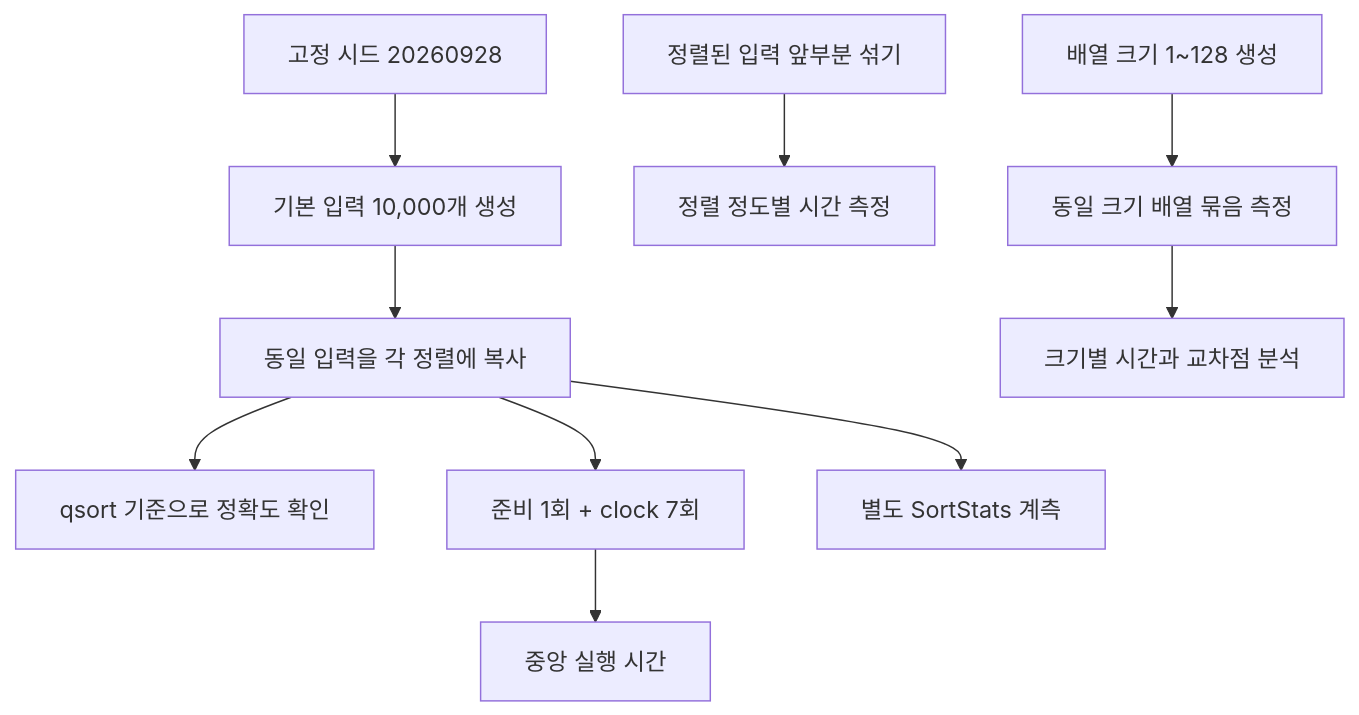
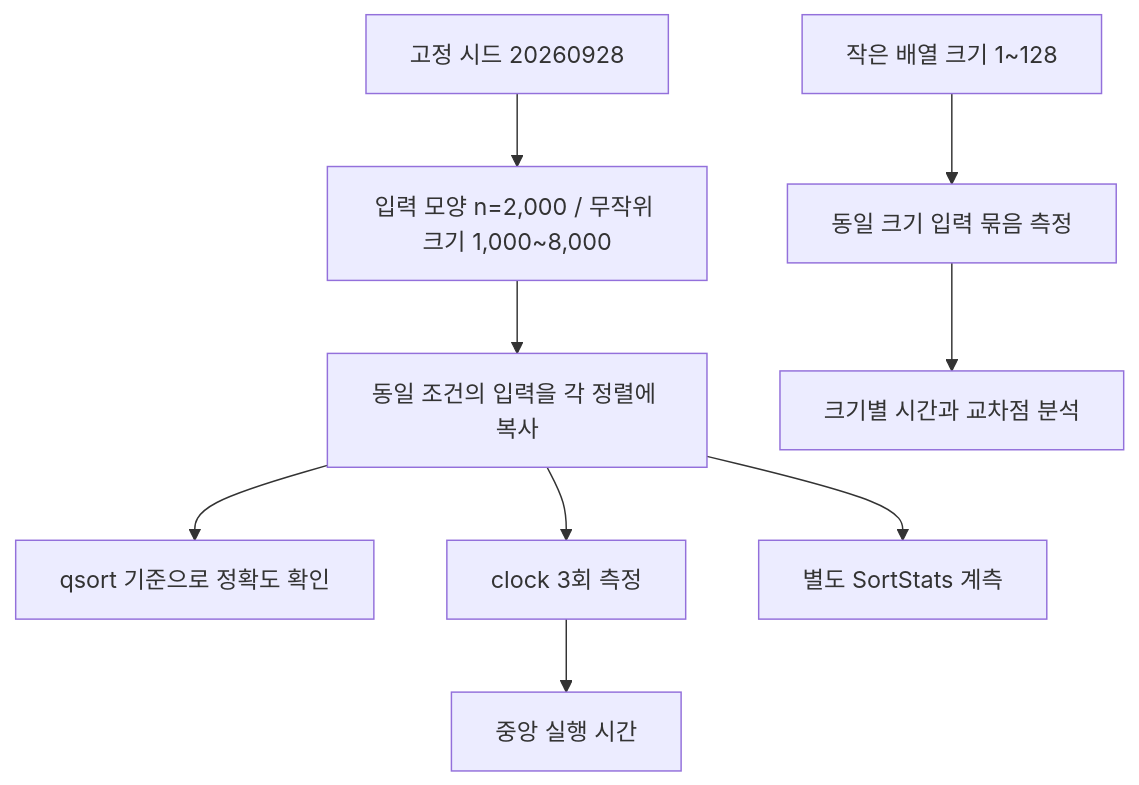
Before and after one commit to ramzz527/hw1-2026-SeminAhn: the sixth of 8 diagrams in report.md, drawn with Mermaid. The commit also changed other lines of this file and 18 other files, not shown here.

Commit message:
add graph

````diff
--- a/report.md
+++ b/report.md
@@ -261,12 +263,11 @@
 ```mermaid
 flowchart TD
-    A["고정 시드 20260928"] --> B["기본 입력 10,000개 생성"]
-    B --> C["동일 입력을 각 정렬에 복사"]
+    A["고정 시드 20260928"] --> B["입력 모양 n=2,000 / 무작위 크기 1,000~8,000"]
+    B --> C["동일 조건의 입력을 각 정렬에 복사"]
     C --> D["qsort 기준으로 정확도 확인"]
-    C --> E["준비 1회 + clock 7회"]
+    C --> E["clock 3회 측정"]
     E --> F["중앙 실행 시간"]
     C --> G["별도 SortStats 계측"]
-    H["정렬된 입력 앞부분 섞기"] --> I["정렬 정도별 시간 측정"]
-    J["배열 크기 1~128 생성"] --> K["동일 크기 배열 묶음 측정"]
-    K --> L["크기별 시간과 교차점 분석"]
+    H["작은 배열 크기 1~128"] --> I["동일 크기 입력 묶음 측정"]
+    I --> L["크기별 시간과 교차점 분석"]
 ```
````
